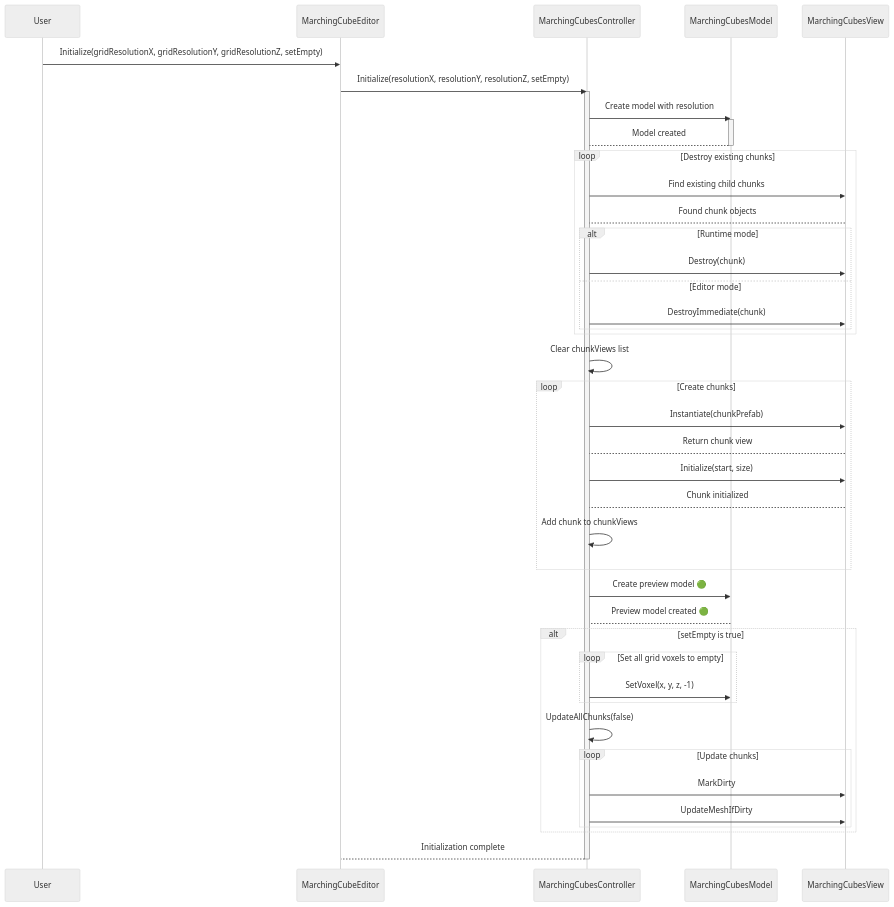
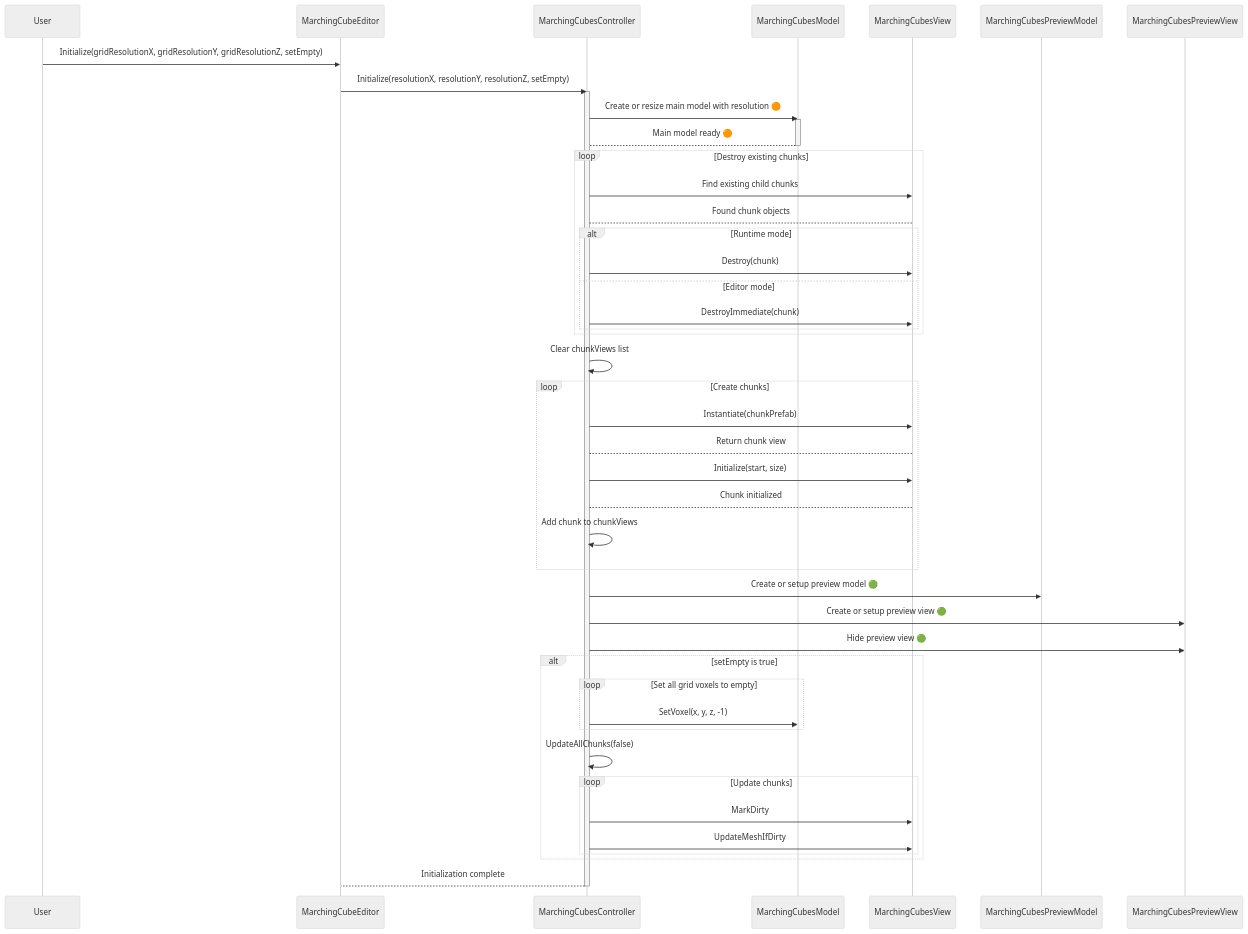
Before and after one commit to iffn/MarchingCubeEditorForUnity: the first of 2 diagrams in Documentation/UML/SequenceDiagram/README.md, drawn with Mermaid (neutral theme).

Commit message:
Updated initialization

````diff
--- a/Documentation/UML/SequenceDiagram/README.md
+++ b/Documentation/UML/SequenceDiagram/README.md
@@ -3,54 +3,60 @@
 ```mermaid
 sequenceDiagram
     participant User
     participant MarchingCubeEditor
     participant MarchingCubesController
     participant MarchingCubesModel
     participant MarchingCubesView
+    participant MarchingCubesPreviewModel
+    participant MarchingCubesPreviewView
 
     User ->> MarchingCubeEditor: Initialize(gridResolutionX, gridResolutionY, gridResolutionZ, setEmpty)
     MarchingCubeEditor ->> MarchingCubesController: Initialize(resolutionX, resolutionY, resolutionZ, setEmpty)
     
     activate MarchingCubesController
-    MarchingCubesController ->> MarchingCubesModel: Create model with resolution
+    MarchingCubesController ->> MarchingCubesModel: Create or resize main model with resolution 🟠
     activate MarchingCubesModel
-    MarchingCubesModel --> MarchingCubesController: Model created
+    MarchingCubesModel --> MarchingCubesController: Main model ready 🟠
     deactivate MarchingCubesModel
-    
+
     loop Destroy existing chunks
         MarchingCubesController ->> MarchingCubesView: Find existing child chunks
         MarchingCubesView --> MarchingCubesController: Found chunk objects
         alt Runtime mode
             MarchingCubesController ->> MarchingCubesView: Destroy(chunk)
         else Editor mode
             MarchingCubesController ->> MarchingCubesView: DestroyImmediate(chunk)
         end
     end
 
     MarchingCubesController ->> MarchingCubesController: Clear chunkViews list
     
     loop Create chunks
         MarchingCubesController ->> MarchingCubesView: Instantiate(chunkPrefab)
         MarchingCubesView --> MarchingCubesController: Return chunk view
         MarchingCubesController ->> MarchingCubesView: Initialize(start, size)
         MarchingCubesView --> MarchingCubesController: Chunk initialized
         MarchingCubesController ->> MarchingCubesController: Add chunk to chunkViews
     end
     
-    MarchingCubesController ->> MarchingCubesModel: Create preview model 🟢
-    MarchingCubesModel --> MarchingCubesController: Preview model created 🟢
+    MarchingCubesController ->> MarchingCubesPreviewModel: Create or setup preview model 🟢
+
+    MarchingCubesController ->> MarchingCubesPreviewView: Create or setup preview view 🟢
+
+    MarchingCubesController ->> MarchingCubesPreviewView: Hide preview view 🟢
+
 
     alt setEmpty is true
         loop Set all grid voxels to empty
             MarchingCubesController ->> MarchingCubesModel: SetVoxel(x, y, z, -1)
         end
         MarchingCubesController ->> MarchingCubesController: UpdateAllChunks(false)
         loop Update chunks
             MarchingCubesController ->> MarchingCubesView: MarkDirty
             MarchingCubesController ->> MarchingCubesView: UpdateMeshIfDirty
         end
     end
 
     MarchingCubesController --> MarchingCubeEditor: Initialization complete
     deactivate MarchingCubesController
 ```    
````
